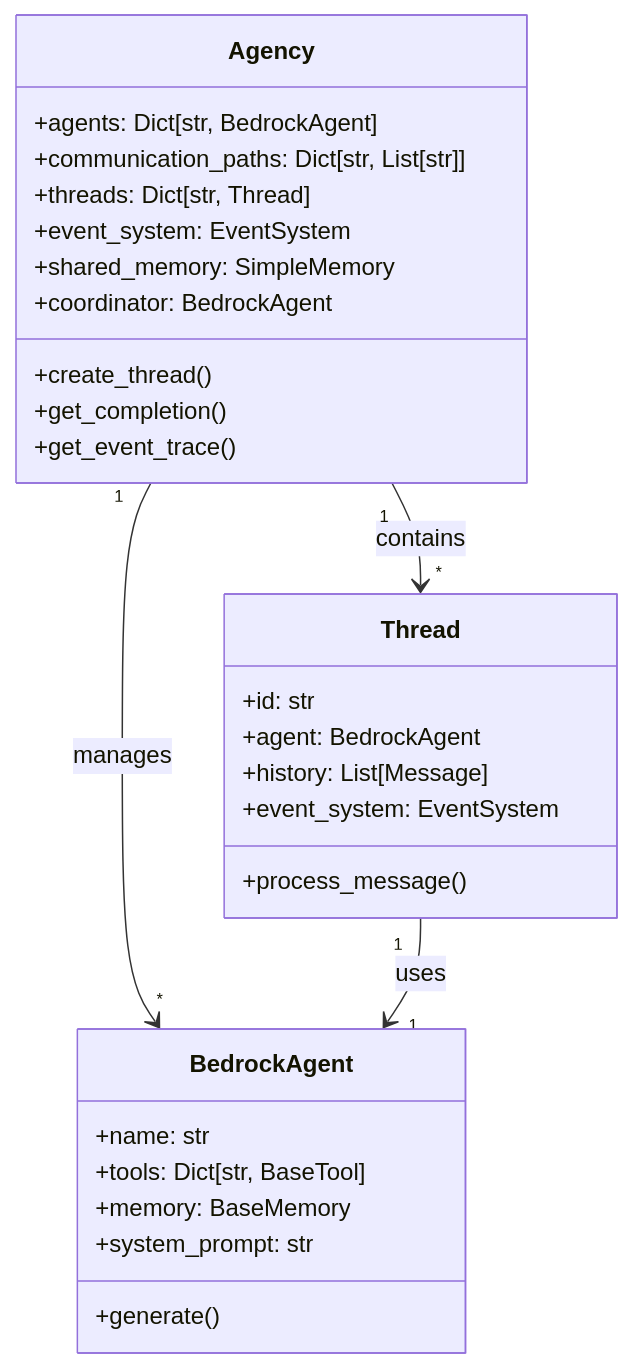
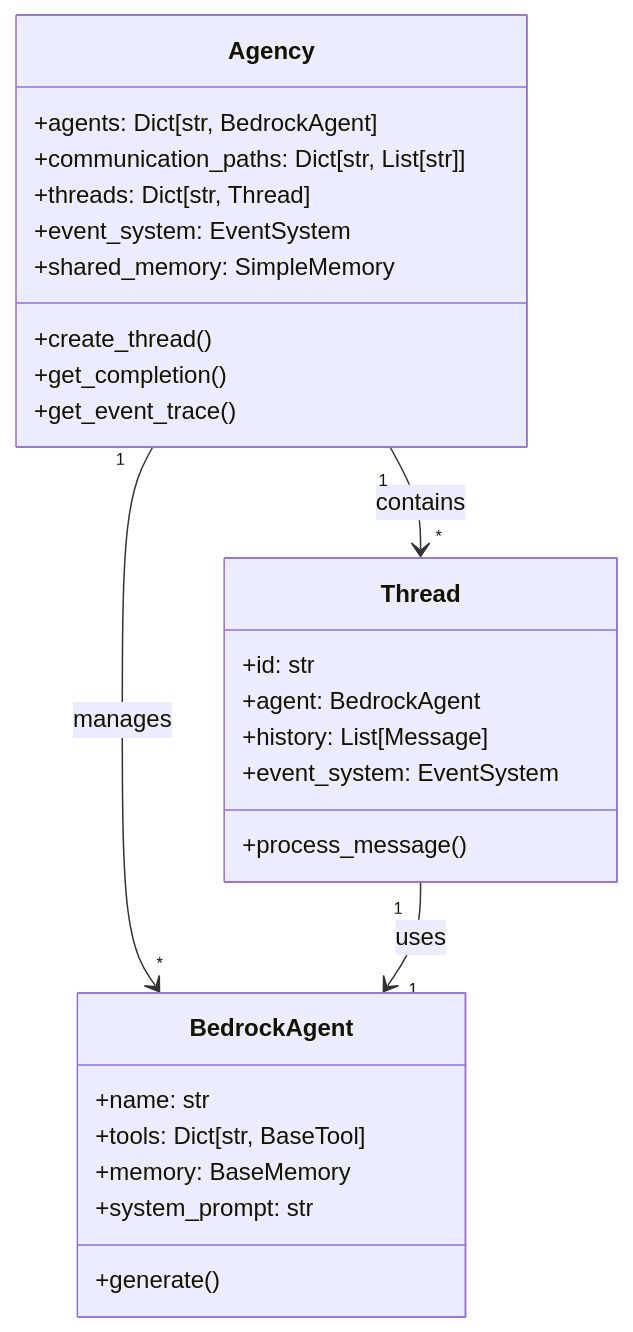
Before and after one commit to sandrich/bedrock-swarm: the first of 2 diagrams in docs/concepts/agency.md, drawn with Mermaid. The commit also changed other lines of this file and 14 other files, not shown here.

````diff
--- a/docs/concepts/agency.md
+++ b/docs/concepts/agency.md
@@ -7,34 +7,33 @@
 ```mermaid
 classDiagram
     class Agency {
         +agents: Dict[str, BedrockAgent]
         +communication_paths: Dict[str, List[str]]
         +threads: Dict[str, Thread]
         +event_system: EventSystem
         +shared_memory: SimpleMemory
-        +coordinator: BedrockAgent
         +create_thread()
         +get_completion()
         +get_event_trace()
     }
 
     class BedrockAgent {
         +name: str
         +tools: Dict[str, BaseTool]
         +memory: BaseMemory
         +system_prompt: str
         +generate()
     }
 
     class Thread {
         +id: str
         +agent: BedrockAgent
         +history: List[Message]
         +event_system: EventSystem
         +process_message()
     }
 
     Agency "1" --> "*" BedrockAgent : manages
     Agency "1" --> "*" Thread : contains
     Thread "1" --> "1" BedrockAgent : uses
 ```
````
